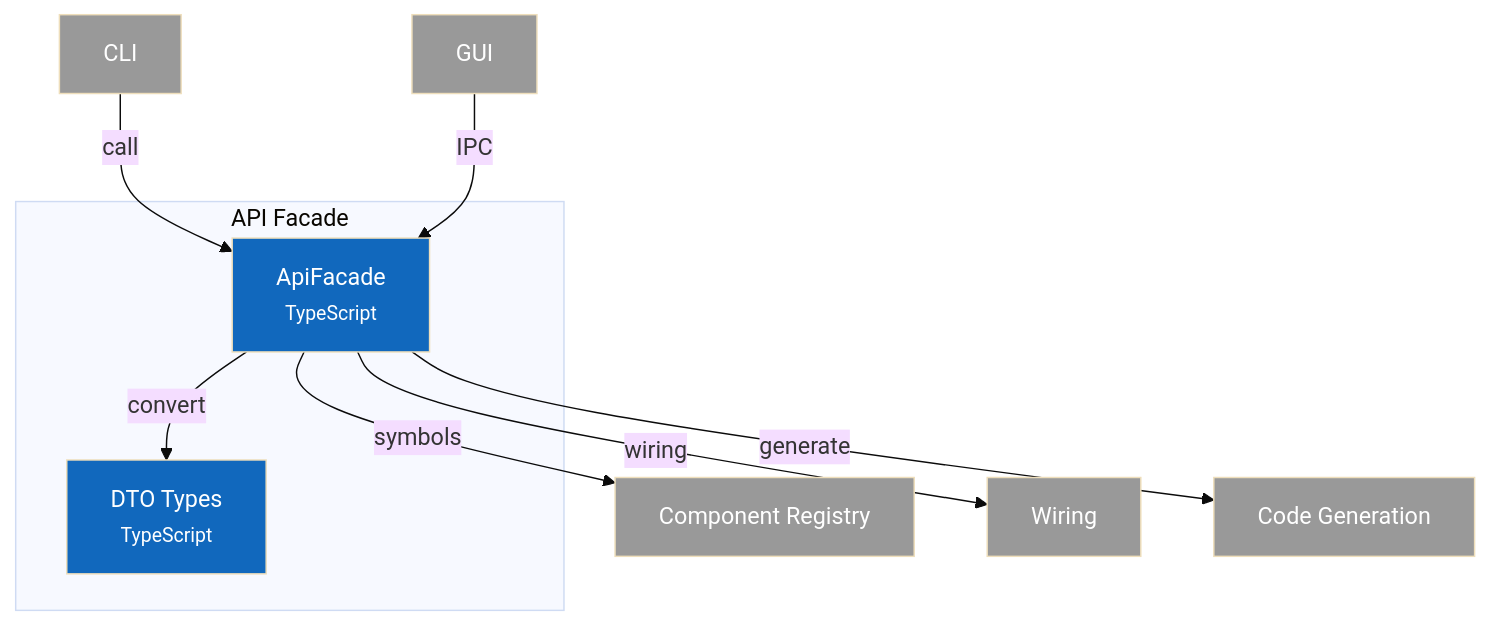
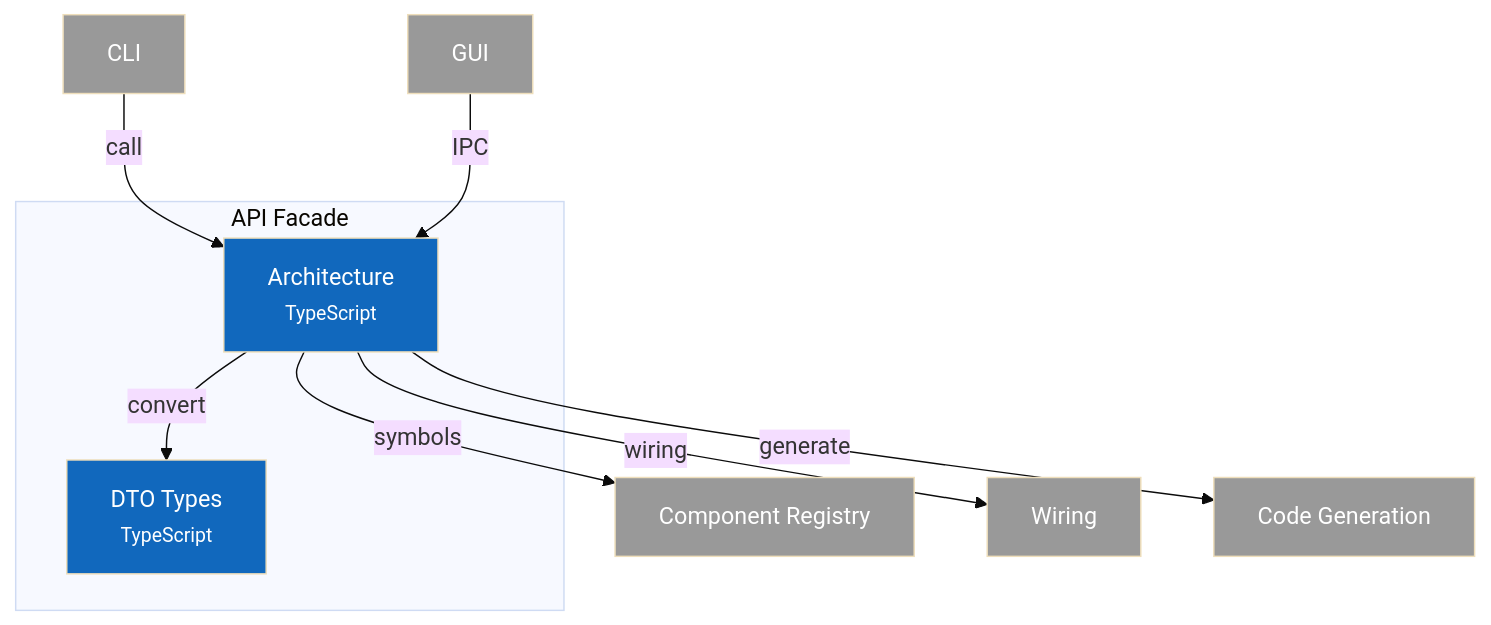
Before and after one commit to louipr/cyrus-code: the diagram in docs/c4/component-facade.md, drawn with Mermaid (base theme). The commit also changed other lines of this file and 158 other files, not shown here.

First line of the commit message:
refactor: major Clean Architecture consolidation and dead code removal

````diff
--- a/docs/c4/component-facade.md
+++ b/docs/c4/component-facade.md
@@ -9,22 +9,22 @@
 ```mermaid
 flowchart TD
     subgraph facade ["API Facade"]
-        api["ApiFacade<br/><small>TypeScript</small>"]
+        api["Architecture<br/><small>TypeScript</small>"]
         types["DTO Types<br/><small>TypeScript</small>"]
     end
 
     cli["CLI"] -->|"call"| api
     gui["GUI"] -->|"IPC"| api
 
     api -->|"symbols"| registry["Component Registry"]
     api -->|"wiring"| wiring["Wiring"]
     api -->|"generate"| codegen["Code Generation"]
 
     api -->|"convert"| types
 
     classDef component fill:#1168bd,color:#fff
     classDef external fill:#999,color:#fff
 
     class api,types component
     class cli,gui,registry,wiring,codegen external
 ```
````
